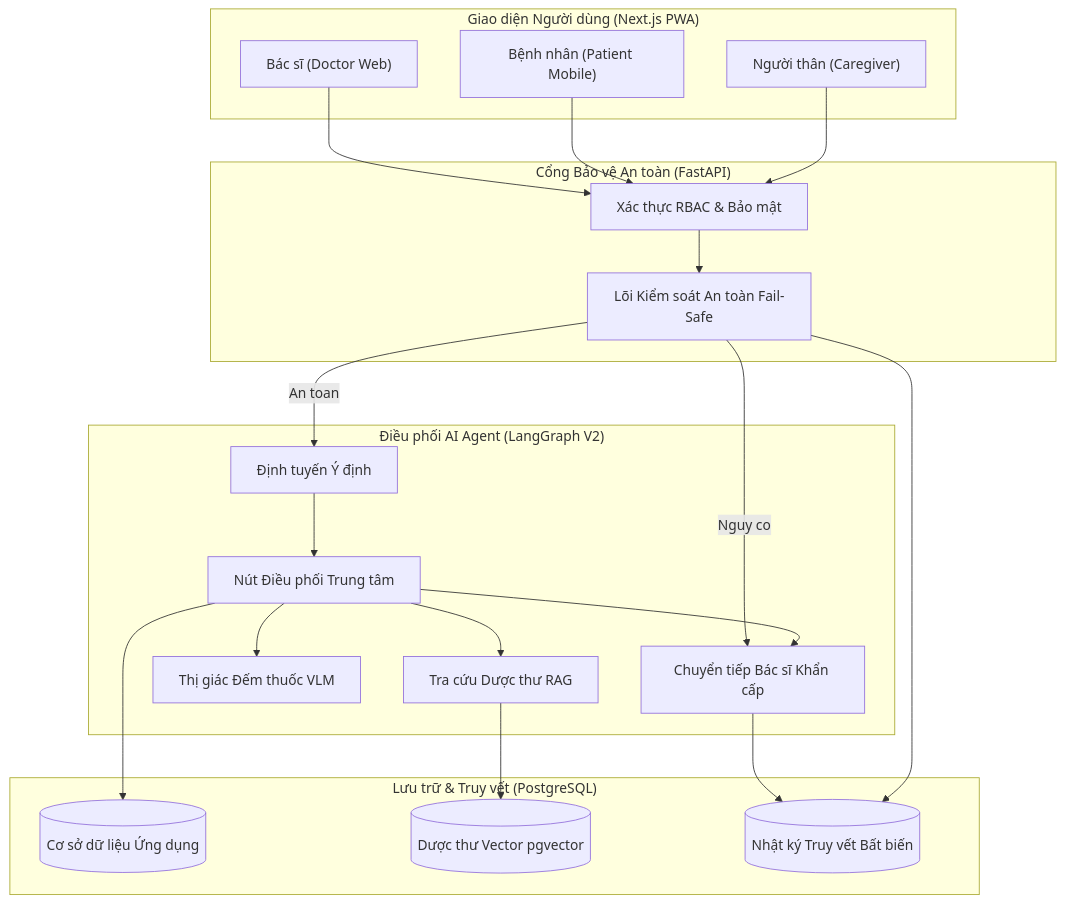
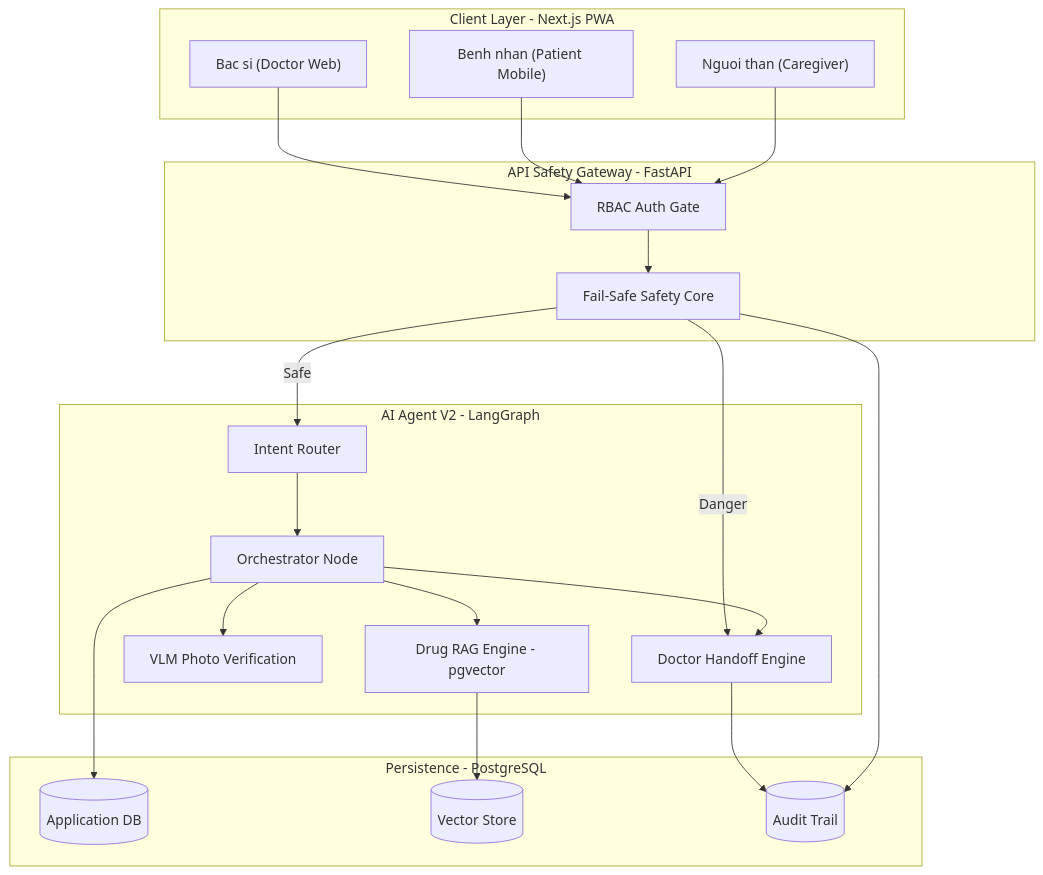
The diagram in README.md (haiyen2602/Carelens), drawn with Mermaid before and after one commit.

Commit message:
docs: fix mermaid diagram - use ascii-safe labels for github rendering

````diff
--- a/README.md
+++ b/README.md
@@ -37,42 +37,42 @@
 ```mermaid
 flowchart TD
-    subgraph Client["Giao diện Người dùng (Next.js PWA)"]
-        UI_Doc["Bác sĩ (Doctor Web)"]
-        UI_Pat["Bệnh nhân (Patient Mobile)"]
-        UI_Care["Người thân (Caregiver)"]
+    subgraph Client["Client Layer - Next.js PWA"]
+        UI_Doc["Bac si (Doctor Web)"]
+        UI_Pat["Benh nhan (Patient Mobile)"]
+        UI_Care["Nguoi than (Caregiver)"]
     end
 
-    subgraph Gateway["Cổng Bảo vệ An toàn (FastAPI)"]
-        AUTH["Xác thực RBAC & Bảo mật"]
-        SAFETY["Lõi Kiểm soát An toàn Fail-Safe"]
+    subgraph Gateway["API Safety Gateway - FastAPI"]
+        AUTH["RBAC Auth Gate"]
+        SAFETY["Fail-Safe Safety Core"]
     end
 
-    subgraph AgentRuntime["Điều phối AI Agent (LangGraph V2)"]
-        ROUTER["Định tuyến Ý định"]
-        ORCH["Nút Điều phối Trung tâm"]
-        RAG_MOD["Tra cứu Dược thư RAG"]
-        VISION["Thị giác Đếm thuốc VLM"]
-        HANDOFF["Chuyển tiếp Bác sĩ Khẩn cấp"]
+    subgraph AgentRuntime["AI Agent V2 - LangGraph"]
+        ROUTER["Intent Router"]
+        ORCH["Orchestrator Node"]
+        RAG_MOD["Drug RAG Engine - pgvector"]
+        VISION["VLM Photo Verification"]
+        HANDOFF["Doctor Handoff Engine"]
     end
 
-    subgraph Database["Lưu trữ & Truy vết (PostgreSQL)"]
-        DB_APP[("Cơ sở dữ liệu Ứng dụng")]
-        DB_VEC[("Dược thư Vector pgvector")]
-        AUDIT[("Nhật ký Truy vết Bất biến")]
+    subgraph Database["Persistence - PostgreSQL"]
+        DB_APP[("Application DB")]
+        DB_VEC[("Vector Store")]
+        AUDIT[("Audit Trail")]
     end
 
     UI_Doc --> AUTH
     UI_Pat --> AUTH
     UI_Care --> AUTH
     AUTH --> SAFETY
-    SAFETY -->|An toan| ROUTER
-    SAFETY -->|Nguy co| HANDOFF
+    SAFETY -->|Safe| ROUTER
+    SAFETY -->|Danger| HANDOFF
     ROUTER --> ORCH
     ORCH --> RAG_MOD
     ORCH --> VISION
     ORCH --> HANDOFF
     ORCH --> DB_APP
     RAG_MOD --> DB_VEC
     HANDOFF --> AUDIT
     SAFETY --> AUDIT
 ```
````
